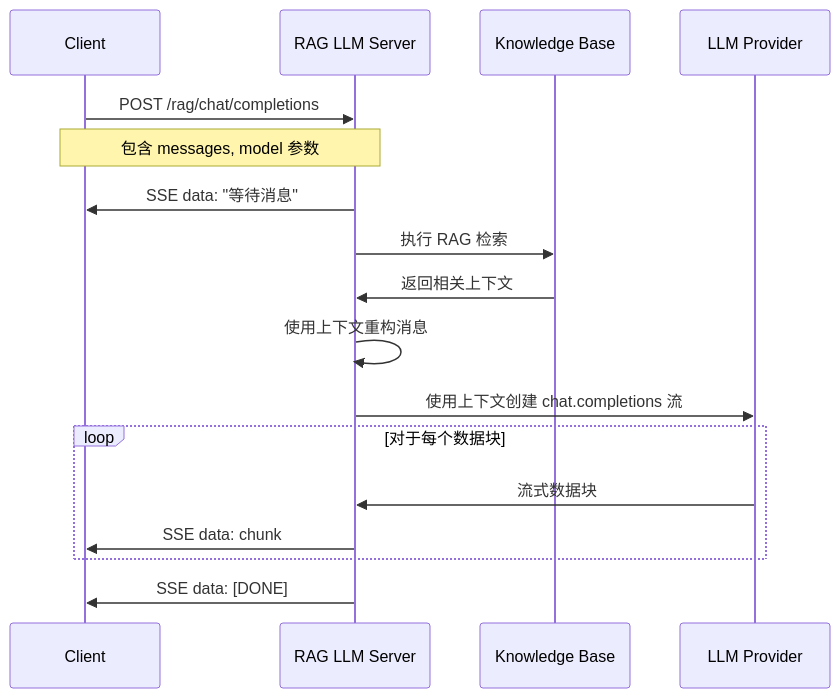
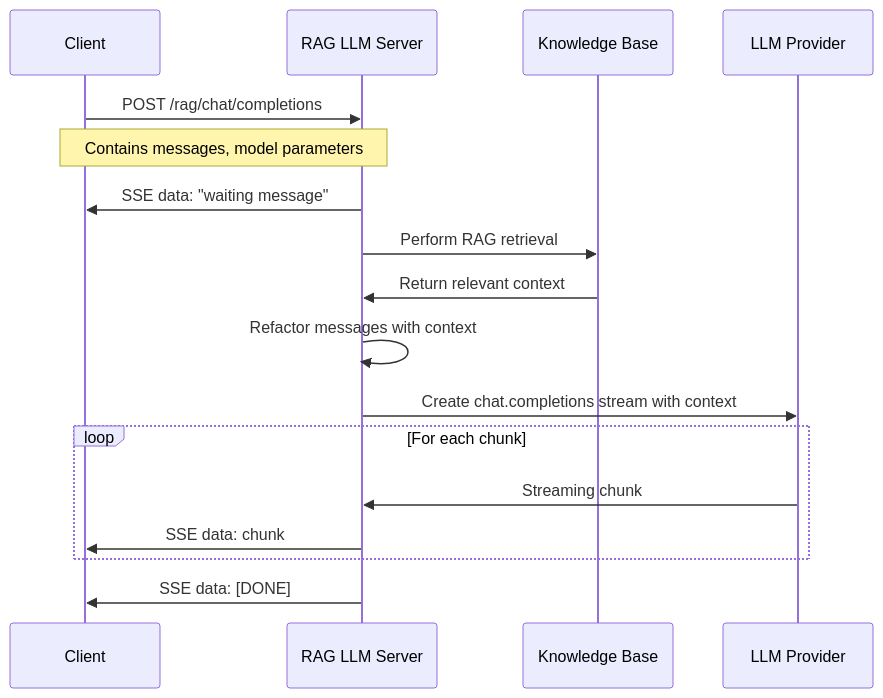
One commit to alienzh/Agora-AI-Recipes-Starter changed the diagram in server-rag/README.md. Above: the diagram before and after it, drawn with Mermaid. The commit also changed other lines of this file and 5 other files, not shown here.

Commit message:
docs(server-rag): translate comments to English and add Chinese README

````diff
--- a/server-rag/README.md
+++ b/server-rag/README.md
@@ -199,26 +201,26 @@
 ```mermaid
 sequenceDiagram
     participant Client
     participant Server as RAG LLM Server
     participant KB as Knowledge Base
     participant LLM as LLM Provider
 
     Client->>Server: POST /rag/chat/completions
-    Note over Client,Server: 包含 messages, model 参数
+    Note over Client,Server: Contains messages, model parameters
 
-    Server->>Client: SSE data: "等待消息"
+    Server->>Client: SSE data: "waiting message"
 
-    Server->>KB: 执行 RAG 检索
-    KB->>Server: 返回相关上下文
+    Server->>KB: Perform RAG retrieval
+    KB->>Server: Return relevant context
 
-    Server->>Server: 使用上下文重构消息
+    Server->>Server: Refactor messages with context
 
-    Server->>LLM: 使用上下文创建 chat.completions 流
+    Server->>LLM: Create chat.completions stream with context
 
-    loop 对于每个数据块
-        LLM->>Server: 流式数据块
+    loop For each chunk
+        LLM->>Server: Streaming chunk
         Server->>Client: SSE data: chunk
     end
 
     Server->>Client: SSE data: [DONE]
 ```
````
